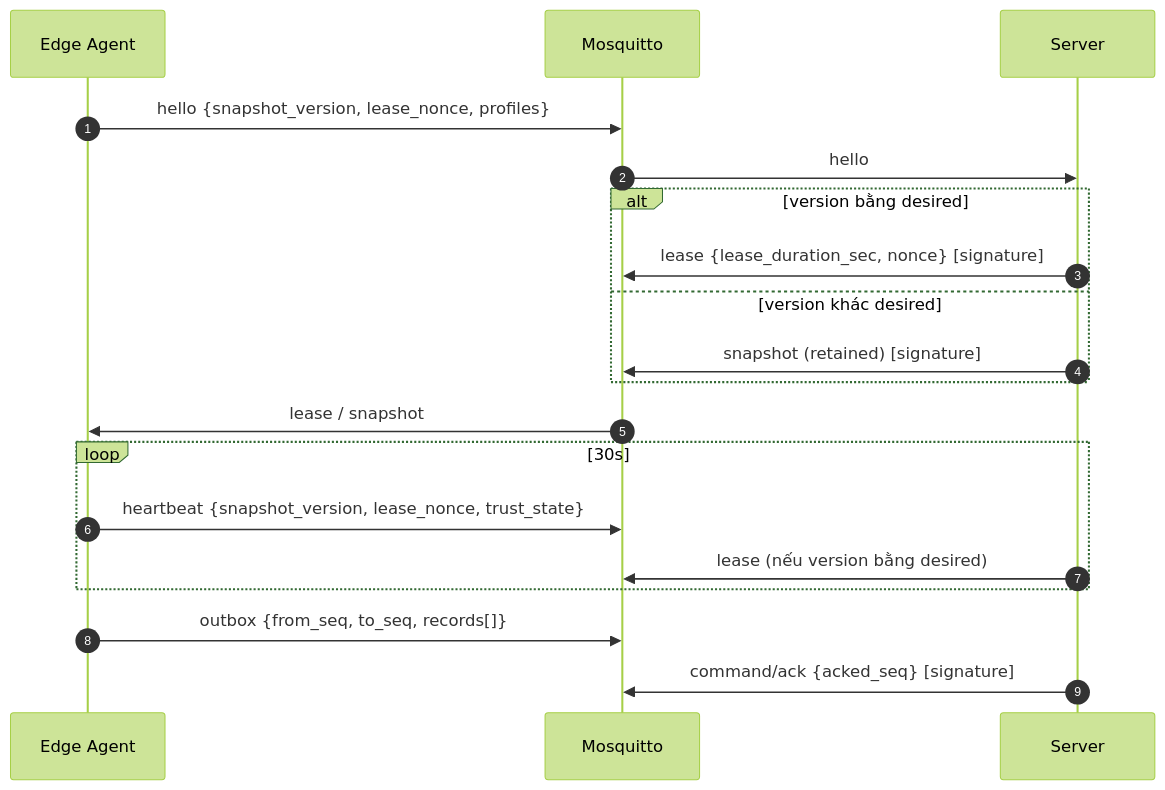
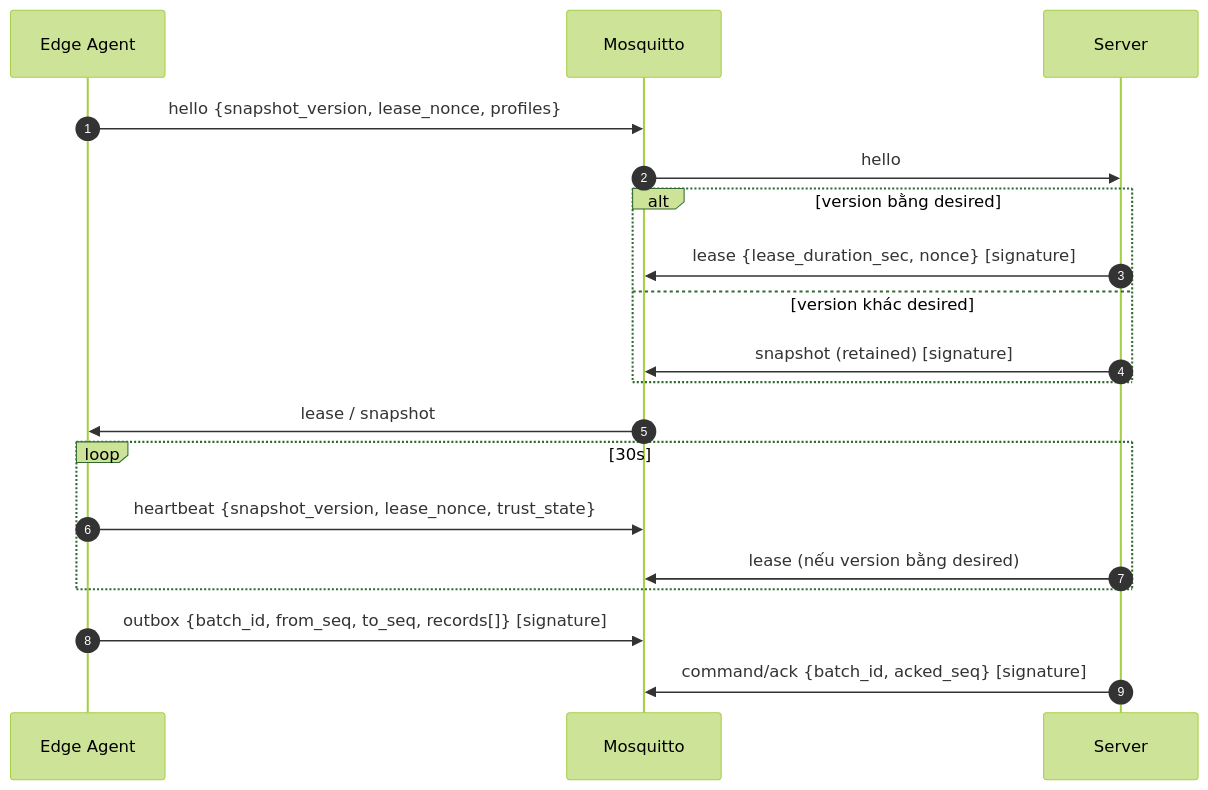
One commit to binhtoong21/linux-access-control changed the diagram in design/docs/08-api/events.md. Above: the diagram before and after it, drawn with Mermaid (forest theme). The commit also changed other lines of this file and 9 other files, not shown here.

````diff
--- a/design/docs/08-api/events.md
+++ b/design/docs/08-api/events.md
@@ -35,21 +35,21 @@
 ```mermaid
 sequenceDiagram
     autonumber
     participant A as Edge Agent
     participant B as Mosquitto
     participant S as Server
     A->>B: hello {snapshot_version, lease_nonce, profiles}
     B->>S: hello
     alt version bằng desired
         S->>B: lease {lease_duration_sec, nonce} [signature]
     else version khác desired
         S->>B: snapshot (retained) [signature]
     end
     B->>A: lease / snapshot
     loop 30s
         A->>B: heartbeat {snapshot_version, lease_nonce, trust_state}
         S->>B: lease (nếu version bằng desired)
     end
-    A->>B: outbox {from_seq, to_seq, records[]}
-    S->>B: command/ack {acked_seq} [signature]
+    A->>B: outbox {batch_id, from_seq, to_seq, records[]} [signature]
+    S->>B: command/ack {batch_id, acked_seq} [signature]
 ```
````
